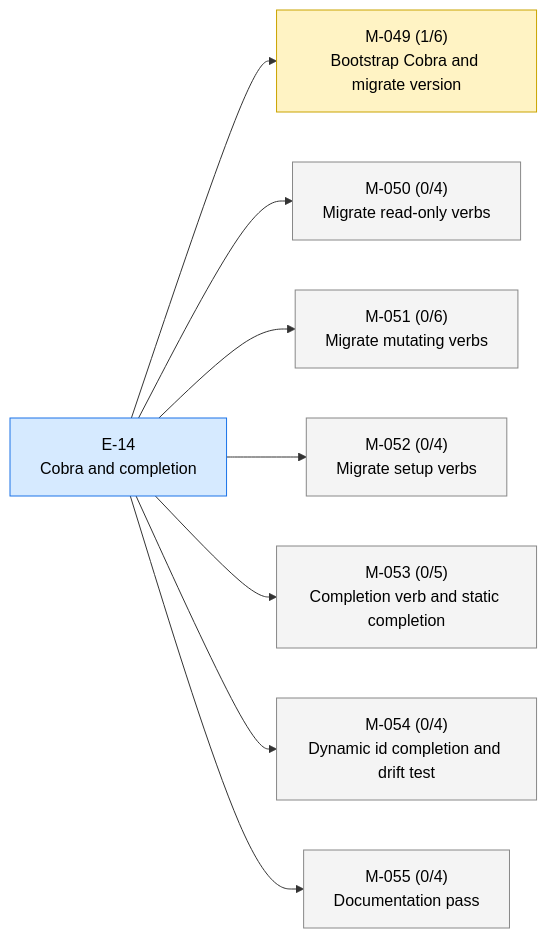
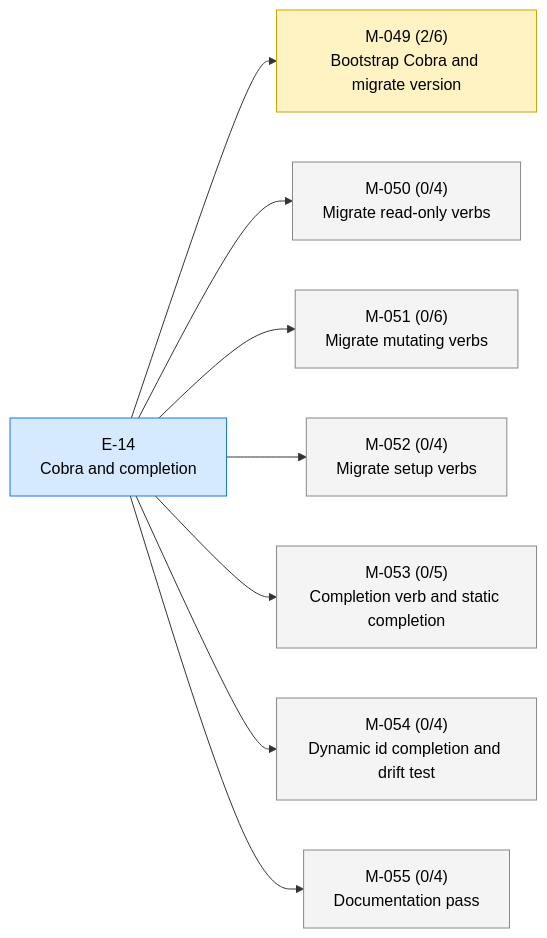
One commit to 23min/aiwf changed the first of 2 diagrams in STATUS.md. Above: the diagram before and after it, drawn with Mermaid. The commit also changed other lines of this file and 1 other file, not shown here.

````diff
--- a/STATUS.md
+++ b/STATUS.md
@@ -17,24 +17,24 @@
 ```mermaid
 flowchart LR
   E_14["E-14<br/>Cobra and completion"]:::epic_active
-  M_049["M-049 (1/6)<br/>Bootstrap Cobra and migrate version"]:::ms_in_progress
+  M_049["M-049 (2/6)<br/>Bootstrap Cobra and migrate version"]:::ms_in_progress
   E_14 --> M_049
   M_050["M-050 (0/4)<br/>Migrate read-only verbs"]:::ms_draft
   E_14 --> M_050
   M_051["M-051 (0/6)<br/>Migrate mutating verbs"]:::ms_draft
   E_14 --> M_051
   M_052["M-052 (0/4)<br/>Migrate setup verbs"]:::ms_draft
   E_14 --> M_052
   M_053["M-053 (0/5)<br/>Completion verb and static completion"]:::ms_draft
   E_14 --> M_053
   M_054["M-054 (0/4)<br/>Dynamic id completion and drift test"]:::ms_draft
   E_14 --> M_054
   M_055["M-055 (0/4)<br/>Documentation pass"]:::ms_draft
   E_14 --> M_055
   classDef epic_active fill:#d6eaff,stroke:#1a73e8,color:#000
   classDef epic_proposed fill:#f4f4f4,stroke:#888,color:#000
   classDef ms_done fill:#d8f5d8,stroke:#2a8a2a,color:#000
   classDef ms_in_progress fill:#fff3c4,stroke:#caa400,color:#000
   classDef ms_draft fill:#f4f4f4,stroke:#888,color:#000
   classDef ms_cancelled fill:#fbeaea,stroke:#c33,color:#000
 ```
````
